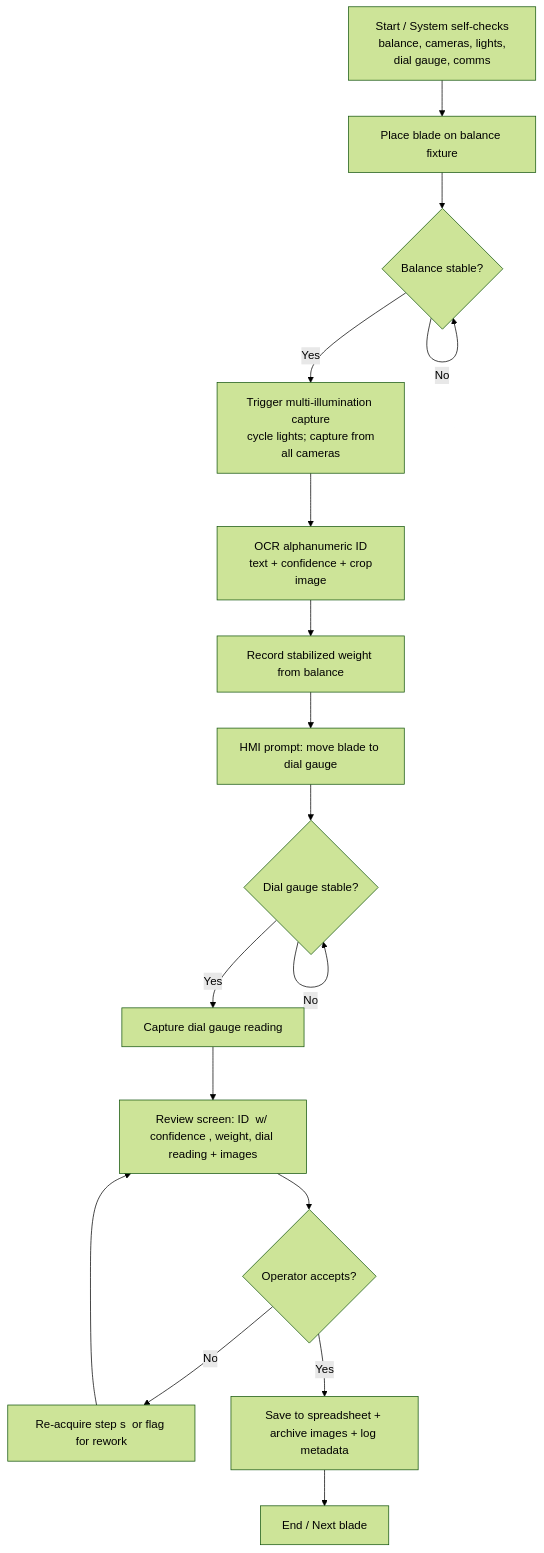
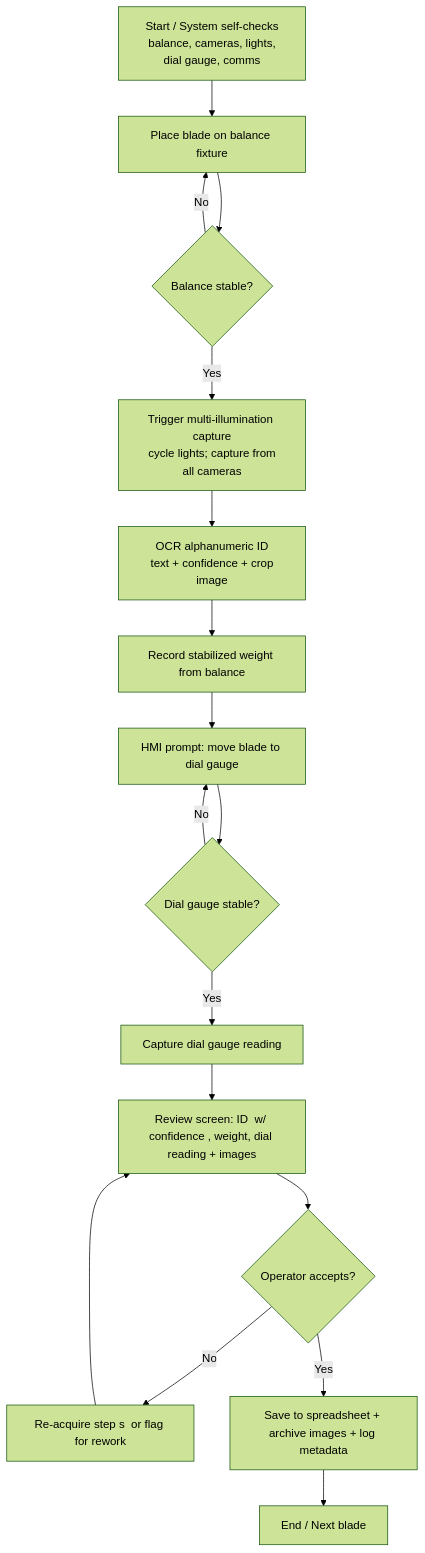
Before and after one commit to asimtewari/IoT: the diagram in blade.mmd, drawn with Mermaid (forest theme). The commit also changed other lines of this file, not shown here.

```diff
--- a/blade.mmd
+++ b/blade.mmd
@@ -1,17 +1,17 @@
 graph TD
   A[Start / System self-checks<br/> balance, cameras, lights, dial gauge, comms ] --> B[Place blade on balance fixture]
   B --> C{Balance stable?}
-  C -- No --> C
+  C -- No --> B
   C -- Yes --> D[Trigger multi-illumination capture<br/> cycle lights; capture from all cameras ]
   D --> E[OCR alphanumeric ID<br/> text + confidence + crop image ]
   E --> F[Record stabilized weight from balance]
   F --> G[HMI prompt: move blade to dial gauge]
   G --> H{Dial gauge stable?}
-  H -- No --> H
+  H -- No --> G
   H -- Yes --> I[Capture dial gauge reading]
   I --> J[Review screen: ID  w/ confidence , weight, dial reading + images]
   J --> K{Operator accepts?}
   K -- No --> L[Re-acquire step s  or flag for rework]
   L --> J
   K -- Yes --> M[Save to spreadsheet + archive images + log metadata]
   M --> N[End / Next blade]
```
